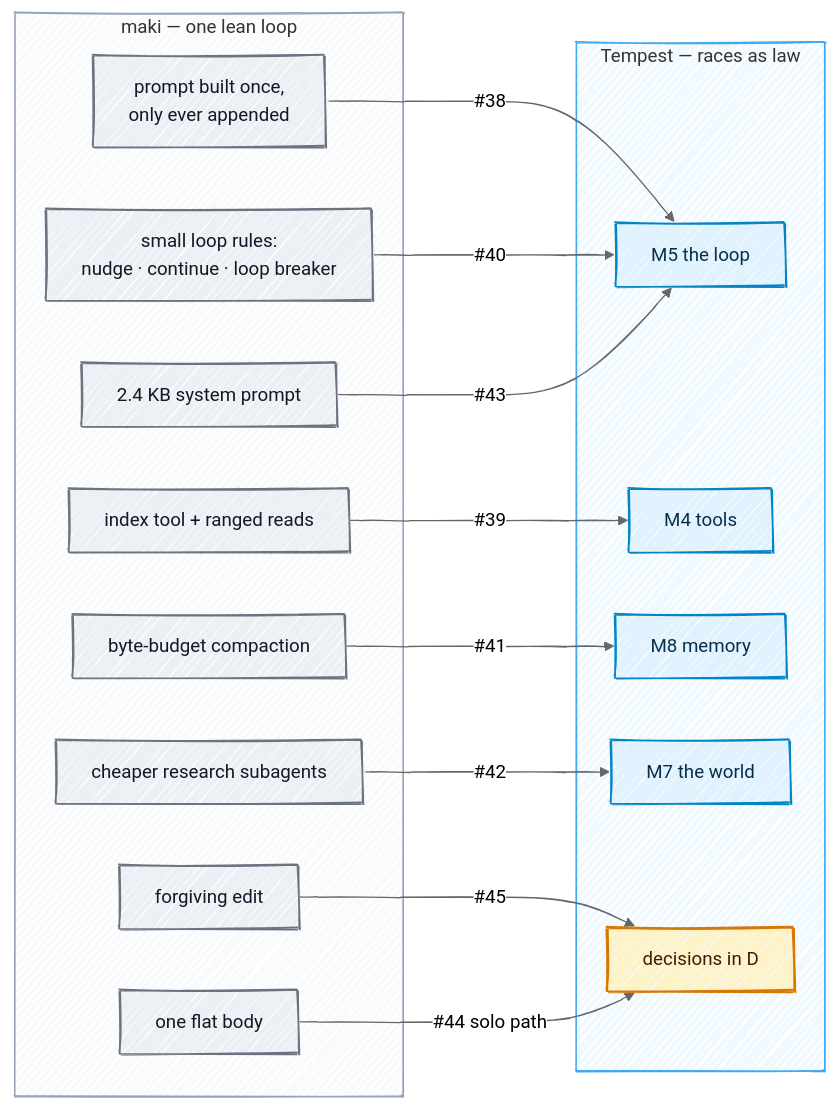
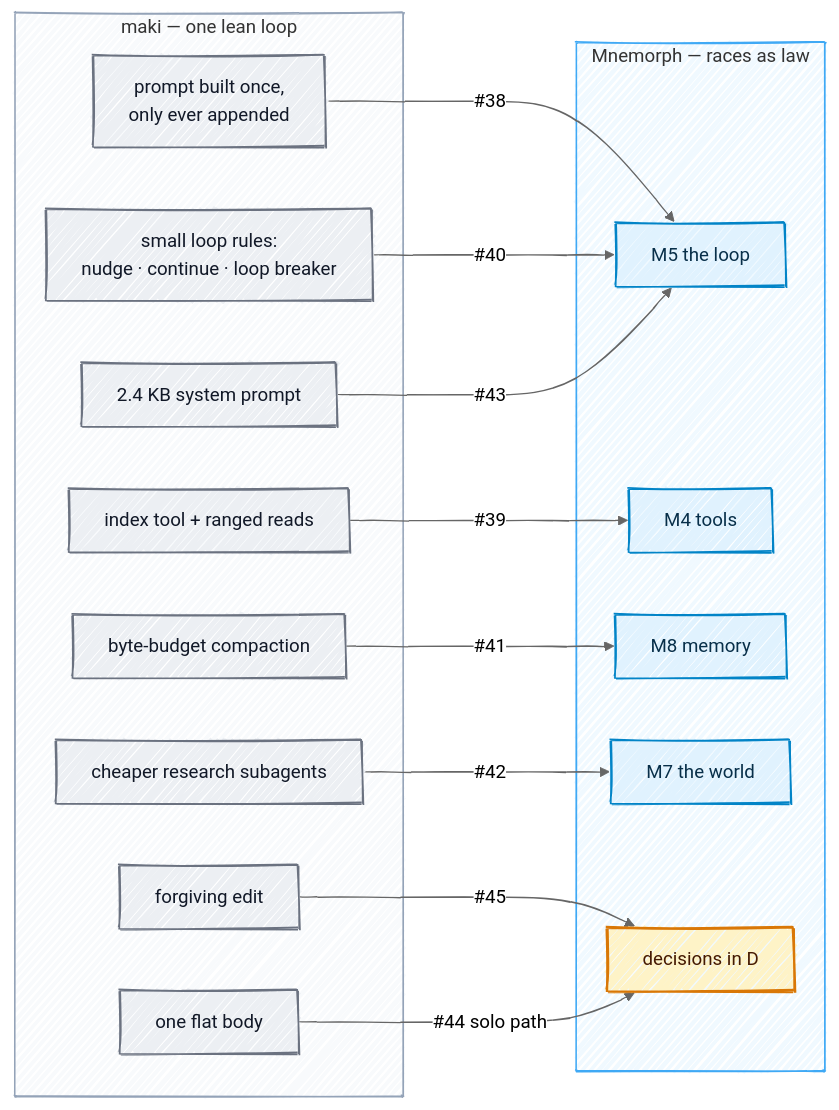
The diagram in docs/study-maki.md (Kaginari/mnemorph), drawn with Mermaid before and after one commit. The commit also changed other lines of this file and 195 other files, not shown here.

````diff
--- a/docs/study-maki.md
+++ b/docs/study-maki.md
@@ -9,43 +9,43 @@
 ```mermaid
 ---
 config:
   look: handDrawn
   theme: neutral
   flowchart:
     wrappingWidth: 360
 ---
 flowchart LR
     subgraph maki["maki — one lean loop"]
       M1["prompt built once,<br/>only ever appended"]
       M2["index tool + ranged reads"]
       M3["small loop rules:<br/>nudge · continue · loop breaker"]
       M4["byte-budget compaction"]
       M5["cheaper research subagents"]
       M6["2.4 KB system prompt"]
       M7["forgiving edit"]
       M8["one flat body"]
     end
-    subgraph tempest["Tempest — races as law"]
+    subgraph mnemorph["Mnemorph — races as law"]
       T5["M5 the loop"]
       T4["M4 tools"]
       T8["M8 memory"]
       T7["M7 the world"]
       D["decisions in D"]
     end
     M1 -->|#38| T5
     M3 -->|#40| T5
     M6 -->|#43| T5
     M2 -->|#39| T4
     M4 -->|#41| T8
     M5 -->|#42| T7
     M7 -->|#45| D
     M8 -->|#44 solo path| D
     classDef outside fill:#eceff3,stroke:#6b7280,stroke-width:1.5px,color:#111827
     class M1,M2,M3,M4,M5,M6,M7,M8 outside
     classDef step fill:#e0f2fe,stroke:#0284c7,stroke-width:1.5px,color:#082f49
     class T4,T5,T7,T8 step
     classDef gate fill:#fef3c7,stroke:#d97706,stroke-width:2px,color:#451a03
     class D gate
     style maki fill:#f8fafc,stroke:#94a3b8
-    style tempest fill:#f0f9ff,stroke:#3FA9F5
+    style mnemorph fill:#f0f9ff,stroke:#3FA9F5
 ```
````
